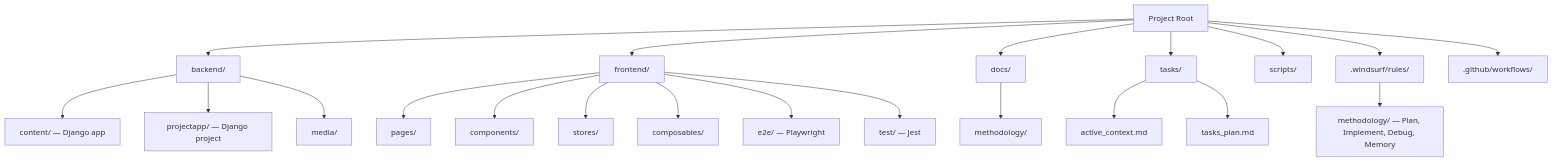
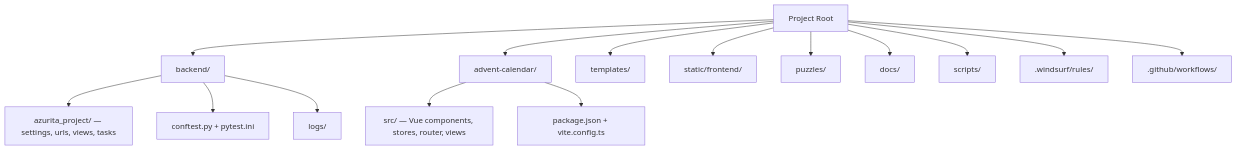
The diagram in .windsurf/rules/methodology/directory-structure.md (gustavop-dev/azurita), drawn with Mermaid before and after one commit. The commit also changed other lines of this file and 9 other files, not shown here.

````diff
--- a/.windsurf/rules/methodology/directory-structure.md
+++ b/.windsurf/rules/methodology/directory-structure.md
@@ -7,28 +7,20 @@
 ```mermaid
 flowchart TD
     Root[Project Root]
     Root --> Backend[backend/]
-    Root --> Frontend[frontend/]
+    Root --> AdventCal[advent-calendar/]
+    Root --> Templates[templates/]
+    Root --> Static[static/frontend/]
+    Root --> Puzzles[puzzles/]
     Root --> Docs[docs/]
-    Root --> Tasks[tasks/]
     Root --> Scripts[scripts/]
     Root --> Windsurf[.windsurf/rules/]
     Root --> GitHub[.github/workflows/]
 
-    Backend --> BContent[content/ — Django app]
-    Backend --> BProject[projectapp/ — Django project]
-    Backend --> BMedia[media/]
+    Backend --> BProject[azurita_project/ — settings, urls, views, tasks]
+    Backend --> BConftest[conftest.py + pytest.ini]
+    Backend --> BLogs[logs/]
 
-    Frontend --> FPages[pages/]
-    Frontend --> FComponents[components/]
-    Frontend --> FStores[stores/]
-    Frontend --> FComposables[composables/]
-    Frontend --> FE2E[e2e/ — Playwright]
-    Frontend --> FTest[test/ — Jest]
-
-    Docs --> Methodology[methodology/]
-    Tasks --> ActiveCtx[active_context.md]
-    Tasks --> TasksPlan[tasks_plan.md]
-
-    Windsurf --> WMethodology[methodology/ — Plan, Implement, Debug, Memory]
+    AdventCal --> AdventSrc[src/ — Vue components, stores, router, views]
+    AdventCal --> AdventPkg[package.json + vite.config.ts]
 ```
````
